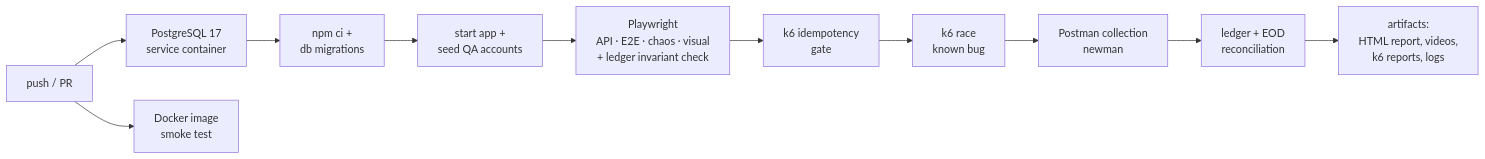
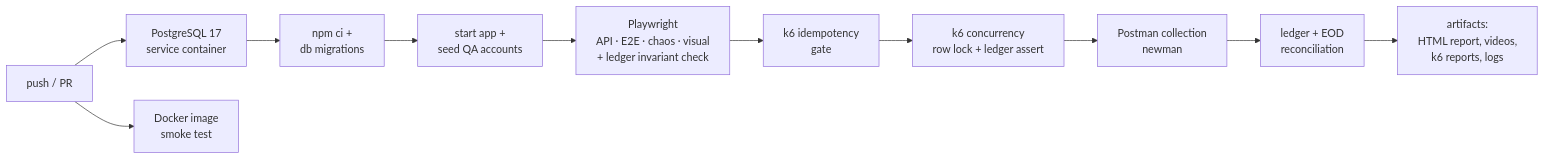
One commit to brylleopada77/PayPulse changed the second of 3 diagrams in README.md. Above: the diagram before and after it, drawn with Mermaid. The commit also changed other lines of this file and 17 other files, not shown here.

First line of the commit message:
Fix the transfer race condition with row-level locking (+ concurrency gates)

````diff
--- a/README.md
+++ b/README.md
@@ -185,13 +190,13 @@
 ```mermaid
 flowchart LR
   A[push / PR] --> B[PostgreSQL 17<br>service container]
   B --> C[npm ci +<br>db migrations]
   C --> D[start app +<br>seed QA accounts]
   D --> E[Playwright<br>API · E2E · chaos · visual<br>+ ledger invariant check]
   E --> F[k6 idempotency<br>gate]
-  F --> G[k6 race<br>known bug]
+  F --> G[k6 concurrency<br>row lock + ledger assert]
   G --> P[Postman collection<br>newman]
   P --> H[ledger + EOD<br>reconciliation]
   H --> I[artifacts:<br>HTML report, videos,<br>k6 reports, logs]
   A --> J[Docker image<br>smoke test]
 ```
````
